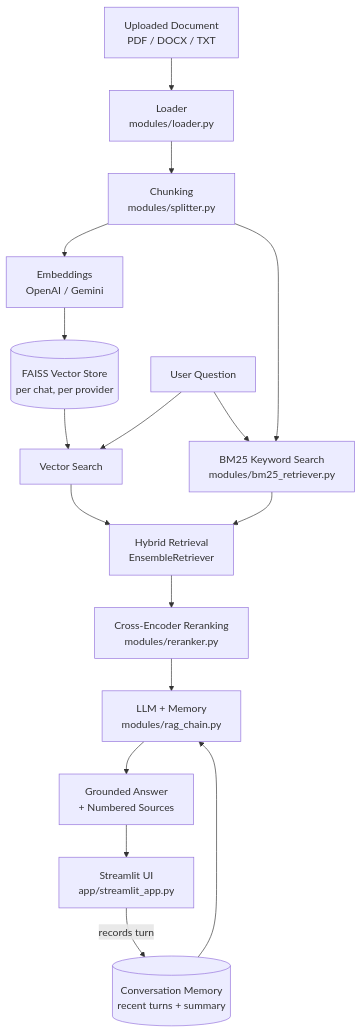
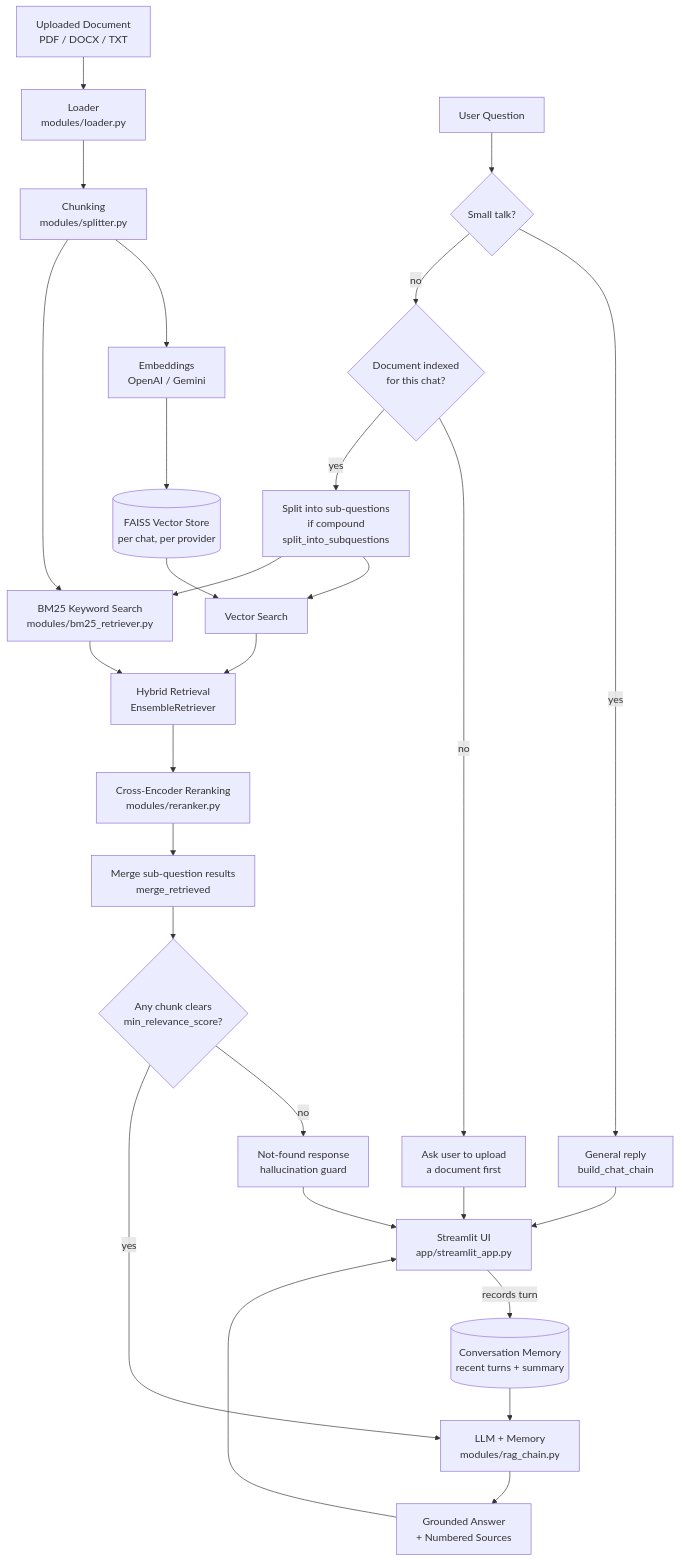
The diagram in README.md (YeshwanthAuthor/HOOPOE_CHAT), drawn with Mermaid before and after one commit. The commit also changed other lines of this file, not shown here.

````diff
--- a/README.md
+++ b/README.md
@@ -13,21 +13,33 @@
 ```mermaid
 flowchart TD
     A[Uploaded Document<br/>PDF / DOCX / TXT] --> B[Loader<br/>modules/loader.py]
     B --> C[Chunking<br/>modules/splitter.py]
     C --> D[Embeddings<br/>OpenAI / Gemini]
     D --> E[(FAISS Vector Store<br/>per chat, per provider)]
 
-    Q[User Question] --> F[Vector Search]
-    Q --> G[BM25 Keyword Search<br/>modules/bm25_retriever.py]
+    Q[User Question] --> SM{Small talk?}
+    SM -->|yes| CHAT[General reply<br/>build_chat_chain]
+    SM -->|no| DOC{Document indexed<br/>for this chat?}
+    DOC -->|no| NODOC[Ask user to upload<br/>a document first]
+    DOC -->|yes| SPLIT[Split into sub-questions<br/>if compound<br/>split_into_subquestions]
+
+    SPLIT --> F[Vector Search]
+    SPLIT --> G[BM25 Keyword Search<br/>modules/bm25_retriever.py]
     E --> F
     C --> G
 
     F --> H[Hybrid Retrieval<br/>EnsembleRetriever]
     G --> H
     H --> I[Cross-Encoder Reranking<br/>modules/reranker.py]
-    I --> J[LLM + Memory<br/>modules/rag_chain.py]
+    I --> MERGE[Merge sub-question results<br/>merge_retrieved]
+    MERGE --> FILTER{Any chunk clears<br/>min_relevance_score?}
+    FILTER -->|no| NOTFOUND[Not-found response<br/>hallucination guard]
+    FILTER -->|yes| J[LLM + Memory<br/>modules/rag_chain.py]
     K[(Conversation Memory<br/>recent turns + summary)] --> J
     J --> L[Grounded Answer<br/>+ Numbered Sources]
     L --> M[Streamlit UI<br/>app/streamlit_app.py]
+    CHAT --> M
+    NODOC --> M
+    NOTFOUND --> M
     M -->|records turn| K
 ```
````
